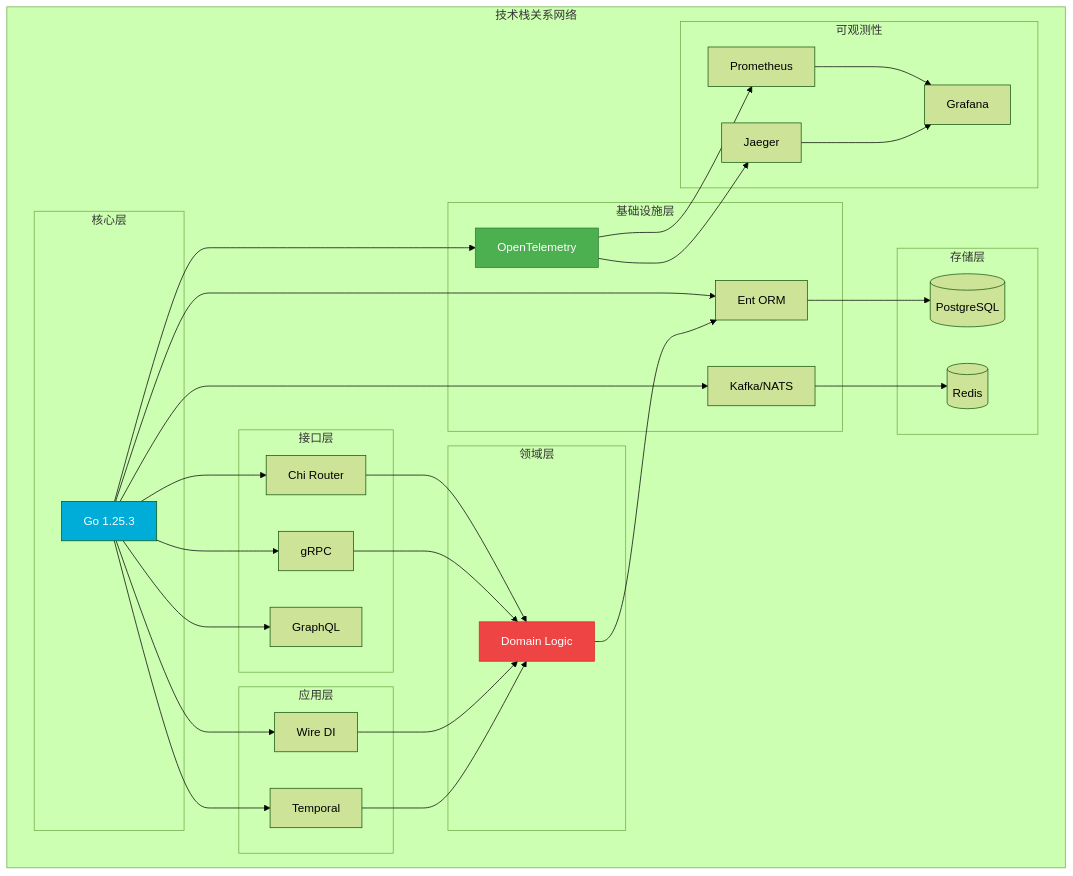
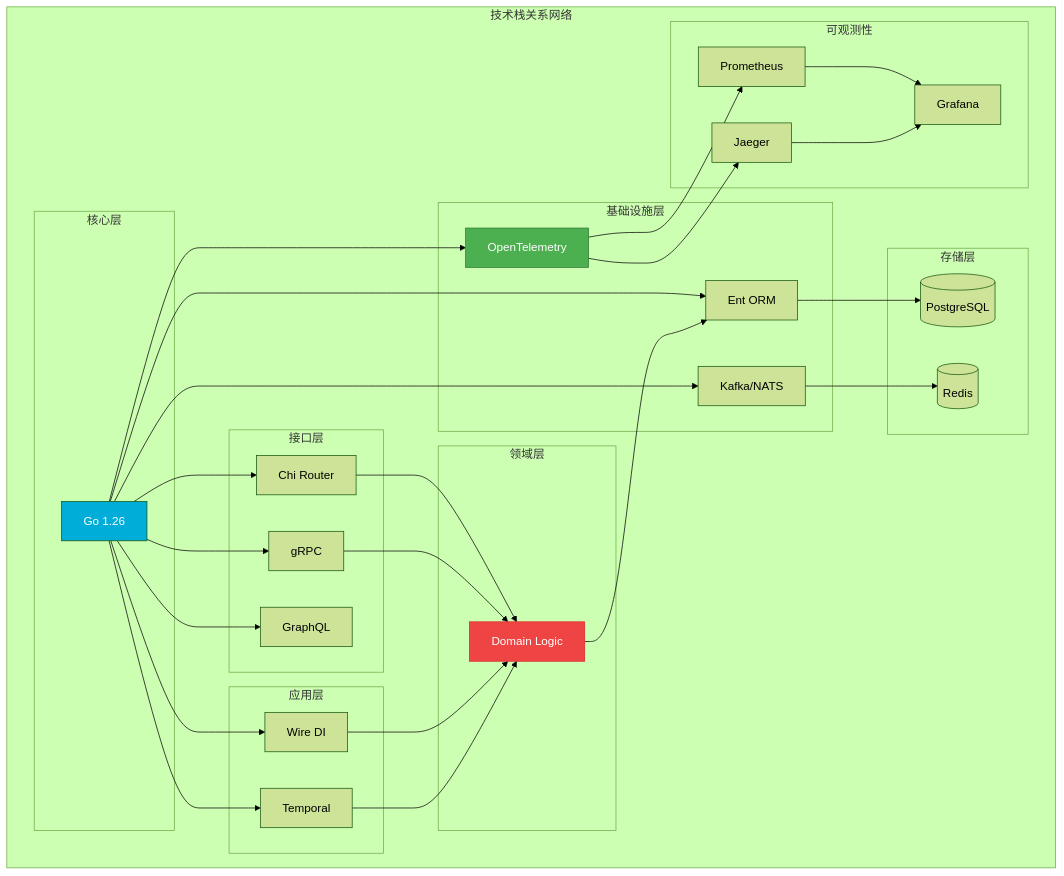
One commit to AdaMartin18010/golang changed the third of 16 diagrams in docs/CONCEPT-MAPS-COMPLETE.md. Above: the diagram before and after it, drawn with Mermaid (forest theme). The commit also changed other lines of this file and 523 other files, not shown here.

````diff
--- a/docs/CONCEPT-MAPS-COMPLETE.md
+++ b/docs/CONCEPT-MAPS-COMPLETE.md
@@ -284,67 +284,67 @@
 ```mermaid
 graph TB
     subgraph "技术栈关系网络"
         subgraph "核心层"
-            Go[Go 1.25.3]
+            Go[Go 1.26]
         end
 
         subgraph "接口层"
             Chi[Chi Router]
             GRPC[gRPC]
             GraphQL[GraphQL]
         end
 
         subgraph "应用层"
             Wire[Wire DI]
             Temporal[Temporal]
         end
 
         subgraph "领域层"
             Domain[Domain Logic]
         end
 
         subgraph "基础设施层"
             Ent[Ent ORM]
             OTel[OpenTelemetry]
             Kafka[Kafka/NATS]
         end
 
         subgraph "存储层"
             PG[(PostgreSQL)]
             Redis[(Redis)]
         end
 
         subgraph "可观测性"
             Prometheus[Prometheus]
             Jaeger[Jaeger]
             Grafana[Grafana]
         end
     end
 
     Go --> Chi
     Go --> GRPC
     Go --> GraphQL
     Go --> Wire
     Go --> Temporal
     Go --> Ent
     Go --> OTel
     Go --> Kafka
 
     Chi --> Domain
     GRPC --> Domain
     Wire --> Domain
     Temporal --> Domain
 
     Ent --> PG
     Domain --> Ent
     OTel --> Prometheus
     OTel --> Jaeger
     Kafka --> Redis
 
     Prometheus --> Grafana
     Jaeger --> Grafana
 
     style Go fill:#00add8,color:#fff
     style Domain fill:#ef4444,stroke:#dc2626,color:#fff
     style OTel fill:#4caf50,stroke:#2e7d32,color:#fff
 ```
````
